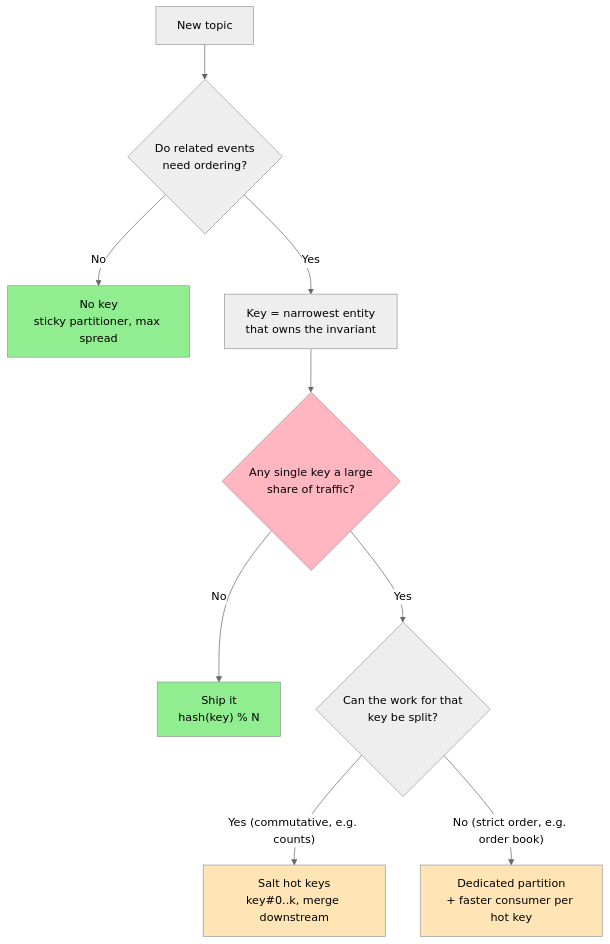
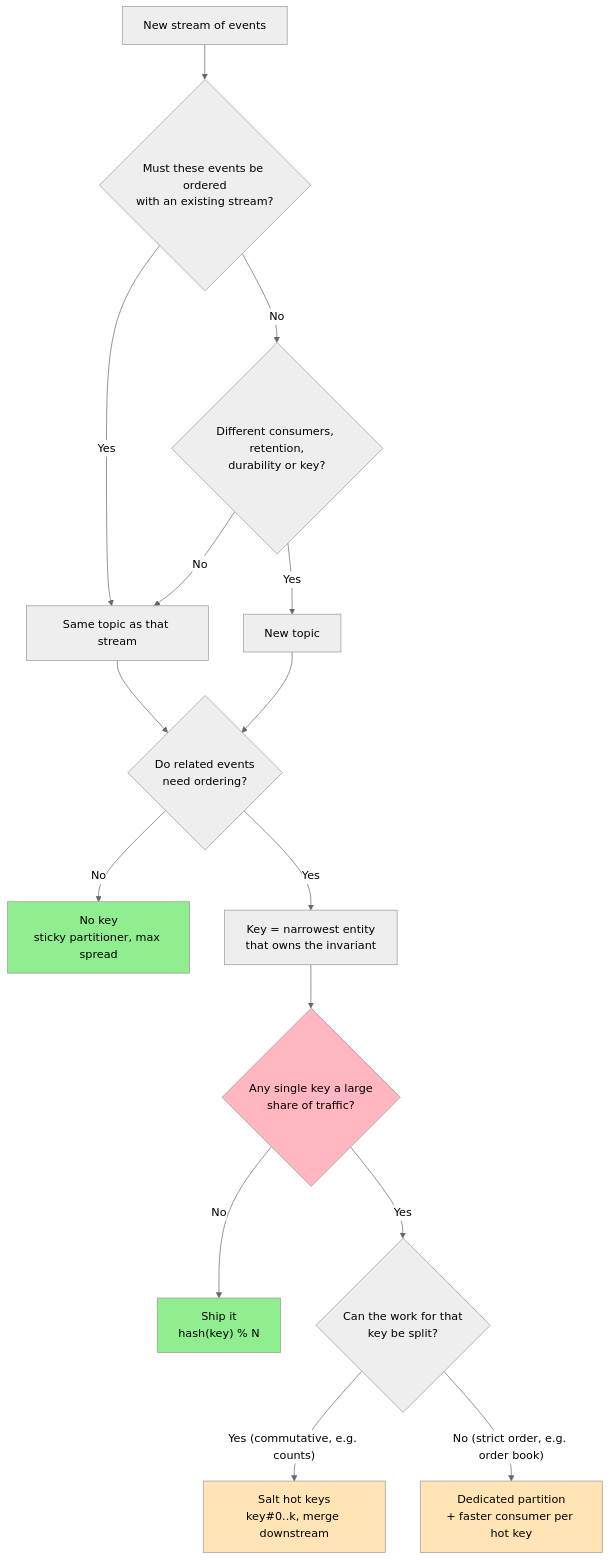
One commit to cartmancodes/InterviewVault changed the third of 4 diagrams in LLD/SystemDesign/DeepDives/Kafka.md. Above: the diagram before and after it, drawn with Mermaid (neutral theme). The commit also changed other lines of this file, not shown here.

````diff
--- a/LLD/SystemDesign/DeepDives/Kafka.md
+++ b/LLD/SystemDesign/DeepDives/Kafka.md
@@ -398,17 +425,23 @@
 ```mermaid
 flowchart TD
-    Start["New topic"] --> Q1{"Do related events<br/>need ordering?"}
+    Start["New stream of events"] --> T1{"Must these events be ordered<br/>with an existing stream?"}
+    T1 -->|Yes| Same["Same topic as that stream"]
+    T1 -->|No| T2{"Different consumers, retention,<br/>durability or key?"}
+    T2 -->|Yes| New["New topic"]
+    T2 -->|No| Same
+    Same --> Q1{"Do related events<br/>need ordering?"}
+    New --> Q1
     Q1 -->|No| NullKey["No key<br/>sticky partitioner, max spread"]
     Q1 -->|Yes| Q2["Key = narrowest entity<br/>that owns the invariant"]
     Q2 --> Q3{"Any single key a large<br/>share of traffic?"}
     Q3 -->|No| Done["Ship it<br/>hash(key) % N"]
     Q3 -->|Yes| Q4{"Can the work for that<br/>key be split?"}
     Q4 -->|"Yes (commutative, e.g. counts)"| Salt["Salt hot keys<br/>key#0..k, merge downstream"]
     Q4 -->|"No (strict order, e.g. order book)"| Dedicate["Dedicated partition<br/>+ faster consumer per hot key"]
 
     style NullKey fill:#90EE90
     style Done fill:#90EE90
     style Salt fill:#FFE4B5
     style Dedicate fill:#FFE4B5
     style Q3 fill:#FFB6C1
 ```
````
